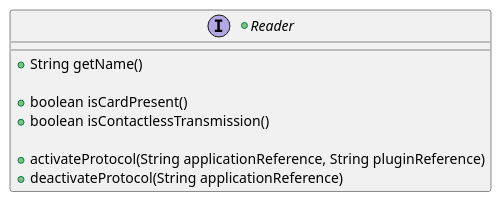
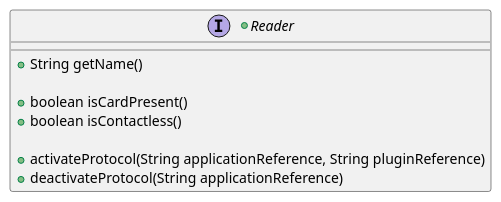
Before and after one commit to yvonneyam/keyple-website: the fifth of 20 diagrams in media/architecture/puml/KeypleCore_Reader_ClassDiag_ClassElements.iuml, drawn with PlantUML. The commit also changed other lines of this file and 1880 other files, not shown here.

```diff
--- a/media/architecture/puml/KeypleCore_Reader_ClassDiag_ClassElements.iuml
+++ b/media/architecture/puml/KeypleCore_Reader_ClassDiag_ClassElements.iuml
@@ -56,11 +56,11 @@
 @startuml(id=READER_READER_1_0_0)
 +interface Reader {
   +String getName()
 
   +boolean isCardPresent()
-  +boolean isContactlessTransmission()
+  +boolean isContactless()
 
   +activateProtocol(String applicationReference, String pluginReference)
   +deactivateProtocol(String applicationReference)
 }
 @enduml
```
